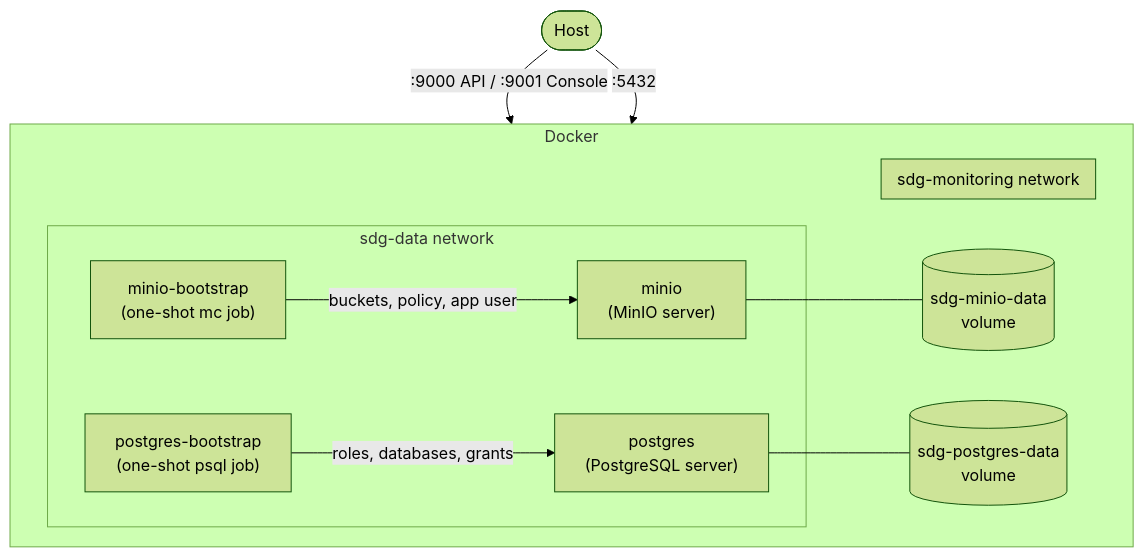
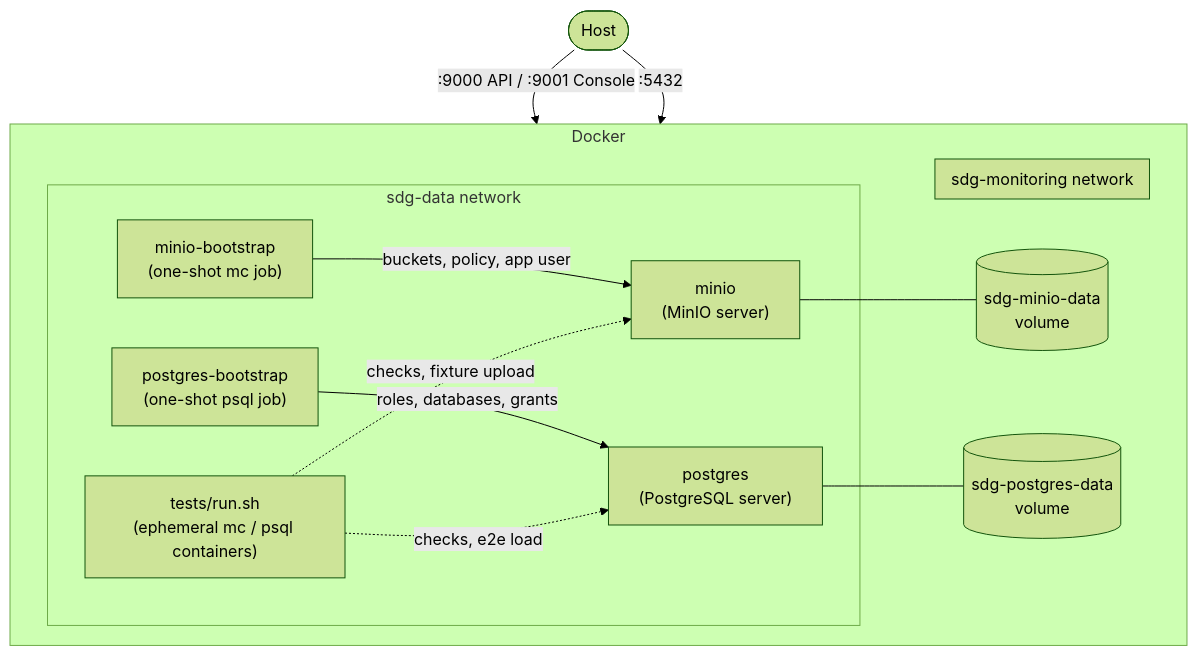
Before and after one commit to mellifluus/sdg-tech-challenge: the diagram in README.md, drawn with Mermaid (forest theme). The commit also changed other lines of this file and 5 other files, not shown here.

````diff
--- a/README.md
+++ b/README.md
@@ -7,24 +7,27 @@
 ```mermaid
 flowchart TB
     subgraph docker["Docker"]
         direction LR
         subgraph sdg-data["sdg-data network"]
             minio["minio<br/>(MinIO server)"]
             bootstrap["minio-bootstrap<br/>(one-shot mc job)"]
             postgres["postgres<br/>(PostgreSQL server)"]
             pg_bootstrap["postgres-bootstrap<br/>(one-shot psql job)"]
+            tests["tests/run.sh<br/>(ephemeral mc / psql containers)"]
         end
         subgraph sdg-monitoring["sdg-monitoring network"]
         end
         minio_vol[("sdg-minio-data<br/>volume")]
         pg_vol[("sdg-postgres-data<br/>volume")]
     end
     host(["Host"])
 
     host -- ":9000 API / :9001 Console" --> minio
     bootstrap -- "buckets, policy, app user" --> minio
     minio --- minio_vol
     host -- ":5432" --> postgres
     pg_bootstrap -- "roles, databases, grants" --> postgres
     postgres --- pg_vol
+    tests -. "checks, fixture upload" .-> minio
+    tests -. "checks, e2e load" .-> postgres
 ```
````
